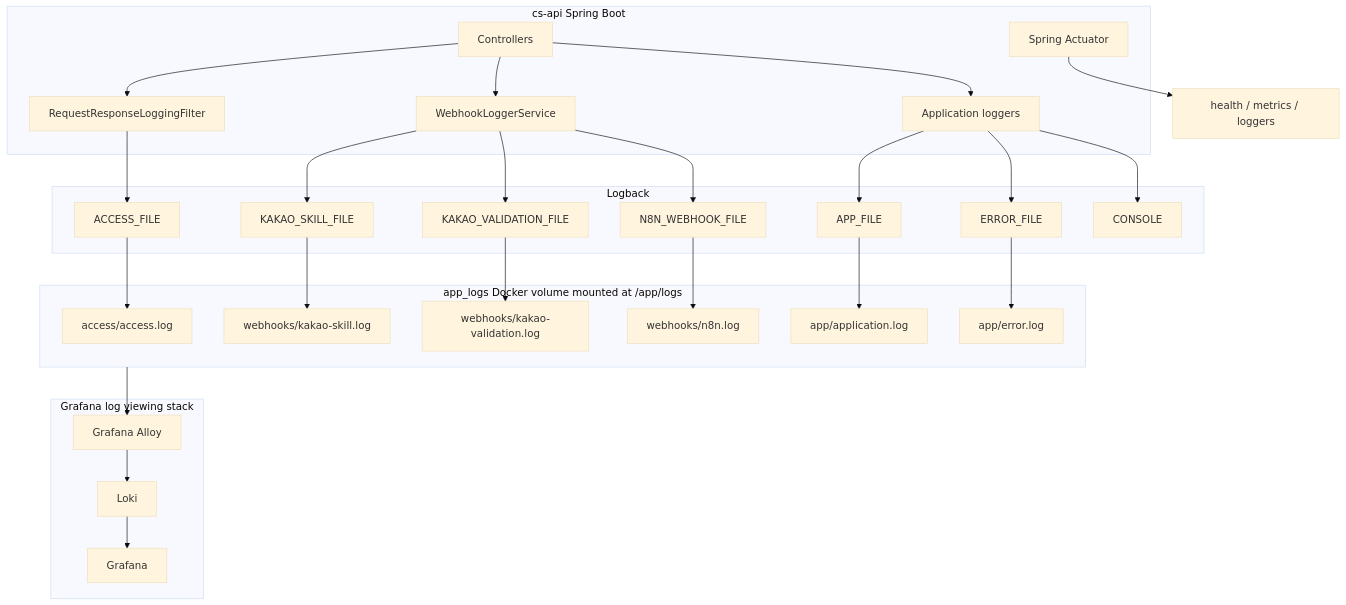
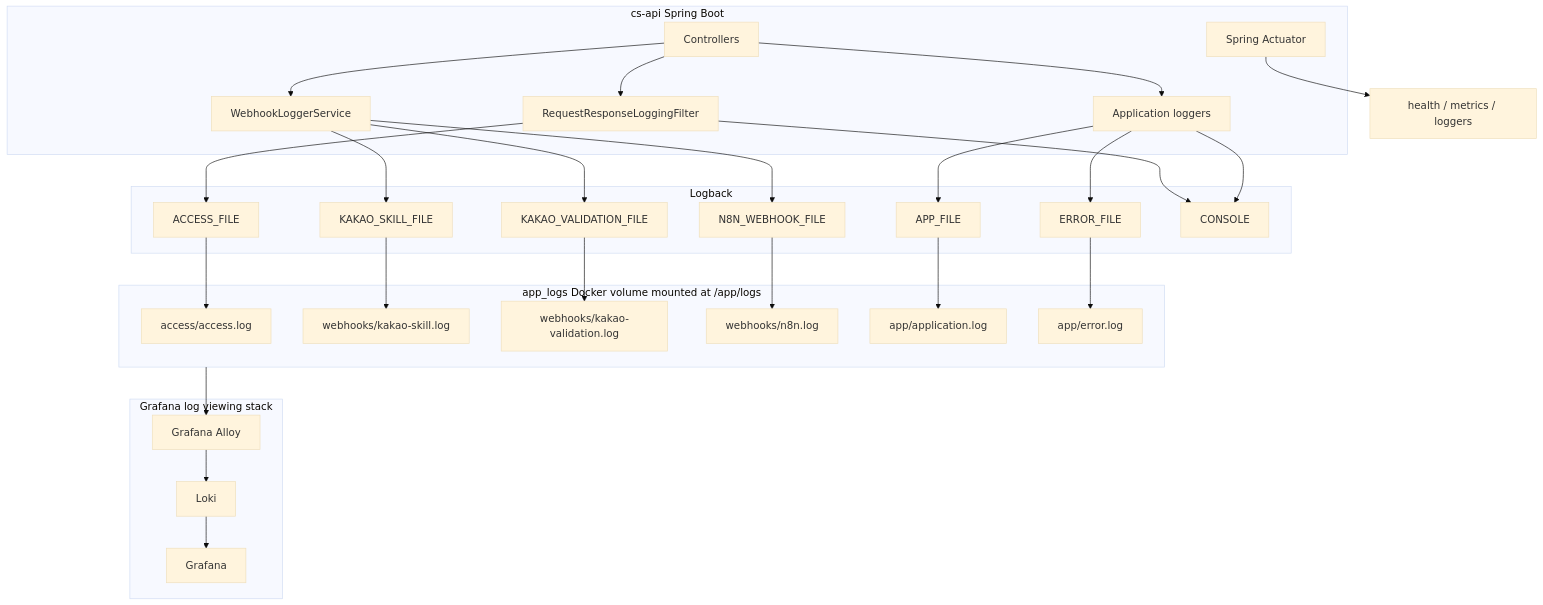
Before and after one commit to Yoonsik-Shin/cs-hub: the third of 4 diagrams in docs/logging-observability-policy.md, drawn with Mermaid (base theme). The commit also changed other lines of this file and 1 other file, not shown here.

Commit message:
feat(logging): restore human-readable request-response logs in console

````diff
--- a/docs/logging-observability-policy.md
+++ b/docs/logging-observability-policy.md
@@ -123,51 +123,52 @@
 ```mermaid
 flowchart TB
     subgraph Api["cs-api Spring Boot"]
         Controllers[Controllers]
         AccessFilter[RequestResponseLoggingFilter]
         WebhookLogger[WebhookLoggerService]
         AppLogger[Application loggers]
         Actuator[Spring Actuator]
     end
 
     subgraph Logback["Logback"]
         AccessAppender[ACCESS_FILE]
         SkillAppender[KAKAO_SKILL_FILE]
         ValidationAppender[KAKAO_VALIDATION_FILE]
         N8nAppender[N8N_WEBHOOK_FILE]
         AppAppender[APP_FILE]
         ErrorAppender[ERROR_FILE]
         ConsoleAppender[CONSOLE]
     end
 
     subgraph Logs["app_logs Docker volume mounted at /app/logs"]
         AccessLog[access/access.log]
         SkillLog[webhooks/kakao-skill.log]
         ValidationLog[webhooks/kakao-validation.log]
         N8nLog[webhooks/n8n.log]
         AppLog[app/application.log]
         ErrorLog[app/error.log]
     end
 
     subgraph GrafanaStack["Grafana log viewing stack"]
         Alloy[Grafana Alloy]
         Loki[Loki]
         Grafana[Grafana]
     end
 
     Controllers --> AccessFilter
     Controllers --> WebhookLogger
     Controllers --> AppLogger
 
     AccessFilter --> AccessAppender --> AccessLog
+    AccessFilter --> ConsoleAppender
     WebhookLogger --> SkillAppender --> SkillLog
     WebhookLogger --> ValidationAppender --> ValidationLog
     WebhookLogger --> N8nAppender --> N8nLog
     AppLogger --> AppAppender --> AppLog
     AppLogger --> ErrorAppender --> ErrorLog
     AppLogger --> ConsoleAppender
     Actuator --> HealthMetrics[health / metrics / loggers]
     Logs --> Alloy
     Alloy --> Loki
     Loki --> Grafana
 ```
````
